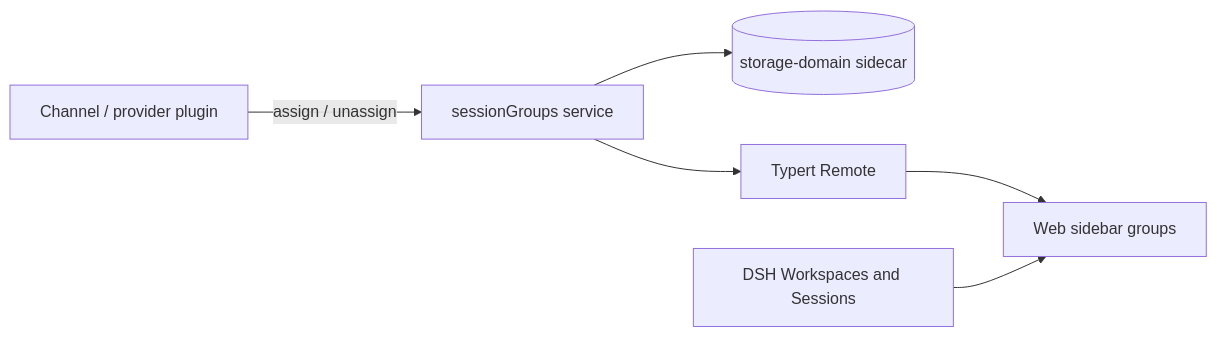
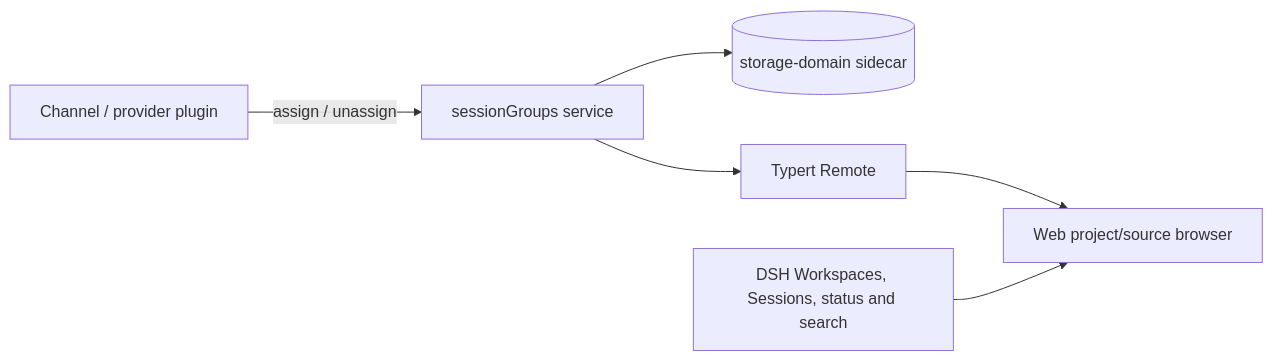
One commit to wheam/dsh-session-groups changed the diagram in README.md. Above: the diagram before and after it, drawn with Mermaid. The commit also changed other lines of this file and 38 other files, not shown here.

Commit message:
feat: add project and source task browser

````diff
--- a/README.md
+++ b/README.md
@@ -75,8 +81,8 @@
 ```mermaid
 flowchart LR
     P[Channel / provider plugin] -->|assign / unassign| S[sessionGroups service]
     S --> D[(storage-domain sidecar)]
     S --> R[Typert Remote]
-    R --> B[Web sidebar groups]
-    W[DSH Workspaces and Sessions] --> B
+    R --> B[Web project/source browser]
+    W[DSH Workspaces, Sessions, status and search] --> B
 ```
````
